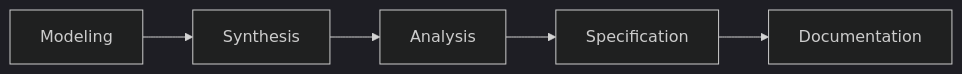
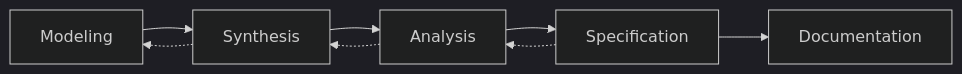
One commit to quenio/ATN changed the diagram in Workflows/Requirements/README.md. Above: the diagram before and after it, drawn with Mermaid (dark theme). The commit also changed other lines of this file and 3 other files, not shown here.

Commit message:
Add feedback loops to workflow diagrams

````diff
--- a/Workflows/Requirements/README.md
+++ b/Workflows/Requirements/README.md
@@ -17,7 +17,10 @@
 ```mermaid
 flowchart LR
     Modeling --> Synthesis
     Synthesis --> Analysis
     Analysis --> Specification
     Specification --> Documentation
+    Specification -.-> Analysis
+    Analysis -.-> Synthesis
+    Synthesis -.-> Modeling
 ```
````
